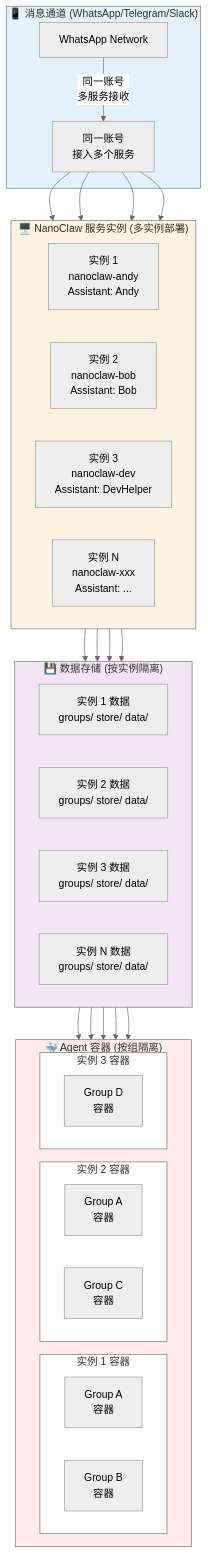
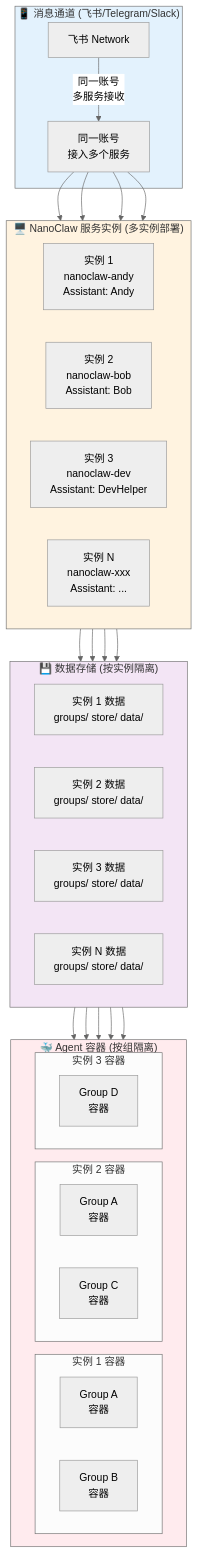
Before and after one commit to xi-qian/workdoc: the first of 4 diagrams in MULTI_AGENT_ISOLATION.md, drawn with Mermaid (neutral theme). The commit also changed other lines of this file and 9 other files, not shown here.

````diff
--- a/MULTI_AGENT_ISOLATION.md
+++ b/MULTI_AGENT_ISOLATION.md
@@ -9,59 +9,59 @@
 ```mermaid
 graph TB
-    subgraph CHANNEL["📱 消息通道 (WhatsApp/Telegram/Slack)"]
-        W1[WhatsApp Network]
+    subgraph CHANNEL["📱 消息通道 (飞书/Telegram/Slack)"]
+        W1[飞书 Network]
         W2[同一账号<br/>接入多个服务]
     end
 
     subgraph INSTANCES["🖥️ NanoClaw 服务实例 (多实例部署)"]
         direction LR
         I1[实例 1<br/>nanoclaw-andy<br/>Assistant: Andy]
         I2[实例 2<br/>nanoclaw-bob<br/>Assistant: Bob]
         I3[实例 3<br/>nanoclaw-dev<br/>Assistant: DevHelper]
         I4[实例 N<br/>nanoclaw-xxx<br/>Assistant: ...]
     end
 
     subgraph STORAGE["💾 数据存储 (按实例隔离)"]
         direction LR
         S1[实例 1 数据<br/>groups/ store/ data/]
         S2[实例 2 数据<br/>groups/ store/ data/]
         S3[实例 3 数据<br/>groups/ store/ data/]
         S4[实例 N 数据<br/>groups/ store/ data/]
     end
 
     subgraph CONTAINERS["🐳 Agent 容器 (按组隔离)"]
         direction LR
         subgraph C1["实例 1 容器"]
             G1A[Group A<br/>容器]
             G1B[Group B<br/>容器]
         end
 
         subgraph C2["实例 2 容器"]
             G2A[Group A<br/>容器]
             G2C[Group C<br/>容器]
         end
 
         subgraph C3["实例 3 容器"]
             G3D[Group D<br/>容器]
         end
     end
 
     %% 连接关系
     W1 -->|同一账号<br/>多服务接收| W2
     W2 --> I1 & I2 & I3 & I4
 
     I1 --> S1
     I2 --> S2
     I3 --> S3
     I4 --> S4
 
     S1 --> G1A & G1B
     S2 --> G2A & G2C
     S3 --> G3D
 
     %% 样式
     style CHANNEL fill:#e3f2fd
     style INSTANCES fill:#fff3e0
     style STORAGE fill:#f3e5f5
     style CONTAINERS fill:#ffebee
 ```
````
